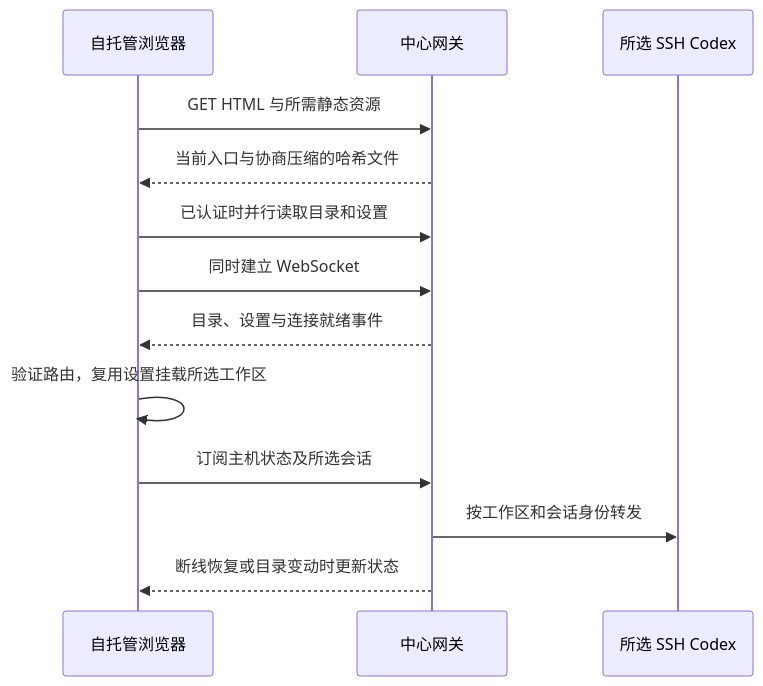
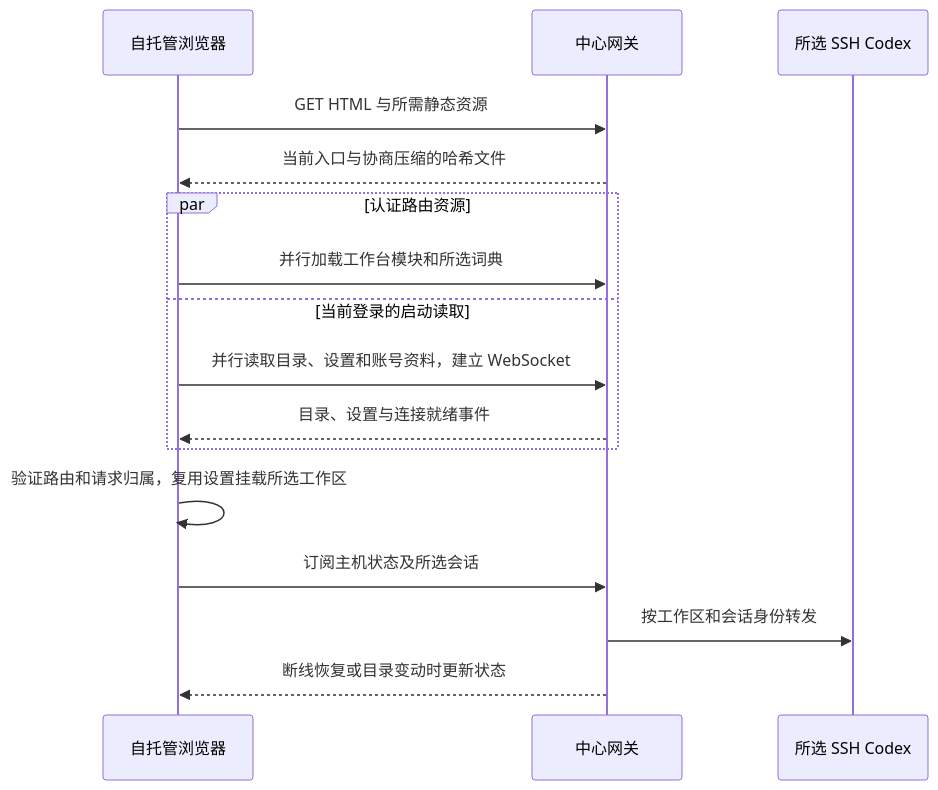
Before and after one commit to LiangLiang723/codex-web: the second of 18 diagrams in specs/selfhost-codex/README.md, drawn with Mermaid. The commit also changed other lines of this file and 10 other files, not shown here.

````diff
--- a/specs/selfhost-codex/README.md
+++ b/specs/selfhost-codex/README.md
@@ -35,15 +37,18 @@
 ```mermaid
 sequenceDiagram
   participant W as 自托管浏览器
   participant G as 中心网关
   participant C as 所选 SSH Codex
   W->>G: GET HTML 与所需静态资源
   G-->>W: 当前入口与协商压缩的哈希文件
-  W->>G: 已认证时并行读取目录和设置
-  W->>G: 同时建立 WebSocket
-  G-->>W: 目录、设置与连接就绪事件
-  W->>W: 验证路由，复用设置挂载所选工作区
+  par 认证路由资源
+    W->>G: 并行加载工作台模块和所选词典
+  and 当前登录的启动读取
+    W->>G: 并行读取目录、设置和账号资料，建立 WebSocket
+    G-->>W: 目录、设置与连接就绪事件
+  end
+  W->>W: 验证路由和请求归属，复用设置挂载所选工作区
   W->>G: 订阅主机状态及所选会话
   G->>C: 按工作区和会话身份转发
   G-->>W: 断线恢复或目录变动时更新状态
 ```
````
